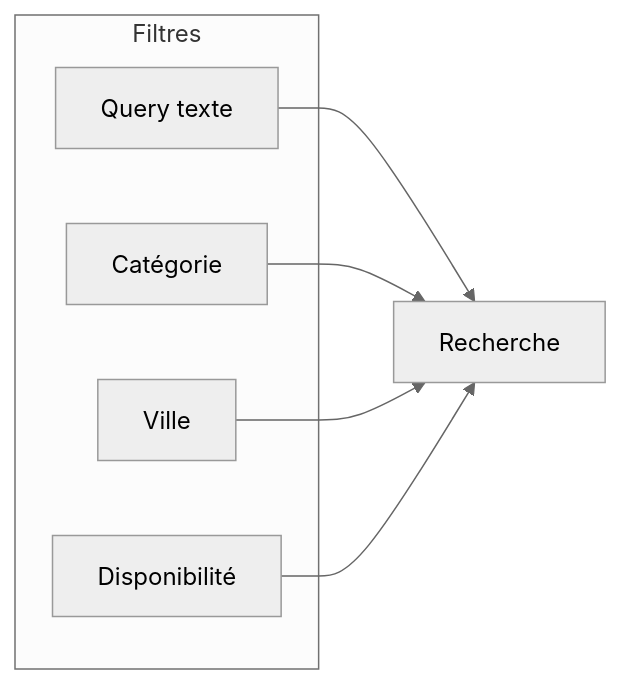
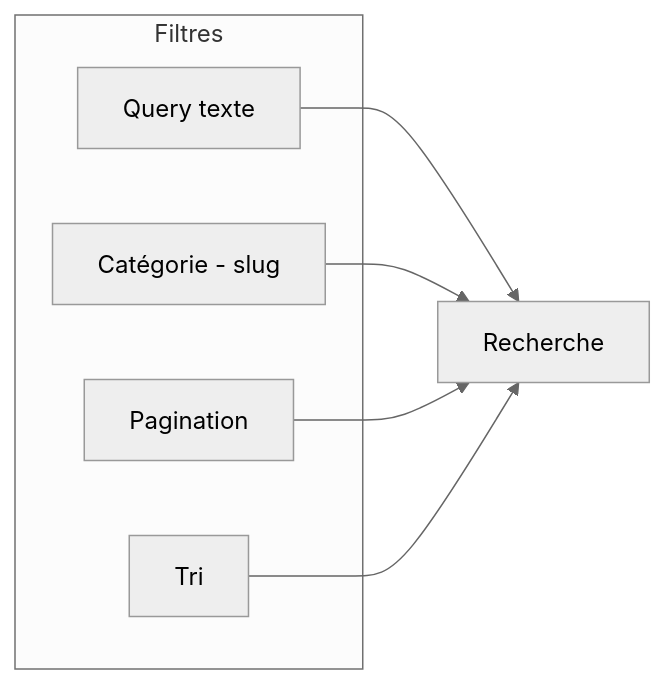
The second of 2 diagrams in docs/documentation-implementation/arc42/06-runtime/search.md (Sojeremy/documentation-skillswap), drawn with Mermaid (neutral theme) before and after one commit. The commit also changed other lines of this file and 3 other files, not shown here.

````diff
--- a/docs/documentation-implementation/arc42/06-runtime/search.md
+++ b/docs/documentation-implementation/arc42/06-runtime/search.md
@@ -75,14 +75,14 @@
 ```mermaid
 graph LR
     subgraph "Filtres"
         A[Query texte]
-        B[Catégorie]
-        C[Ville]
-        D[Disponibilité]
+        B[Catégorie - slug]
+        C[Pagination]
+        D[Tri]
     end
 
     A --> E[Recherche]
     B --> E
     C --> E
     D --> E
 ```
````
